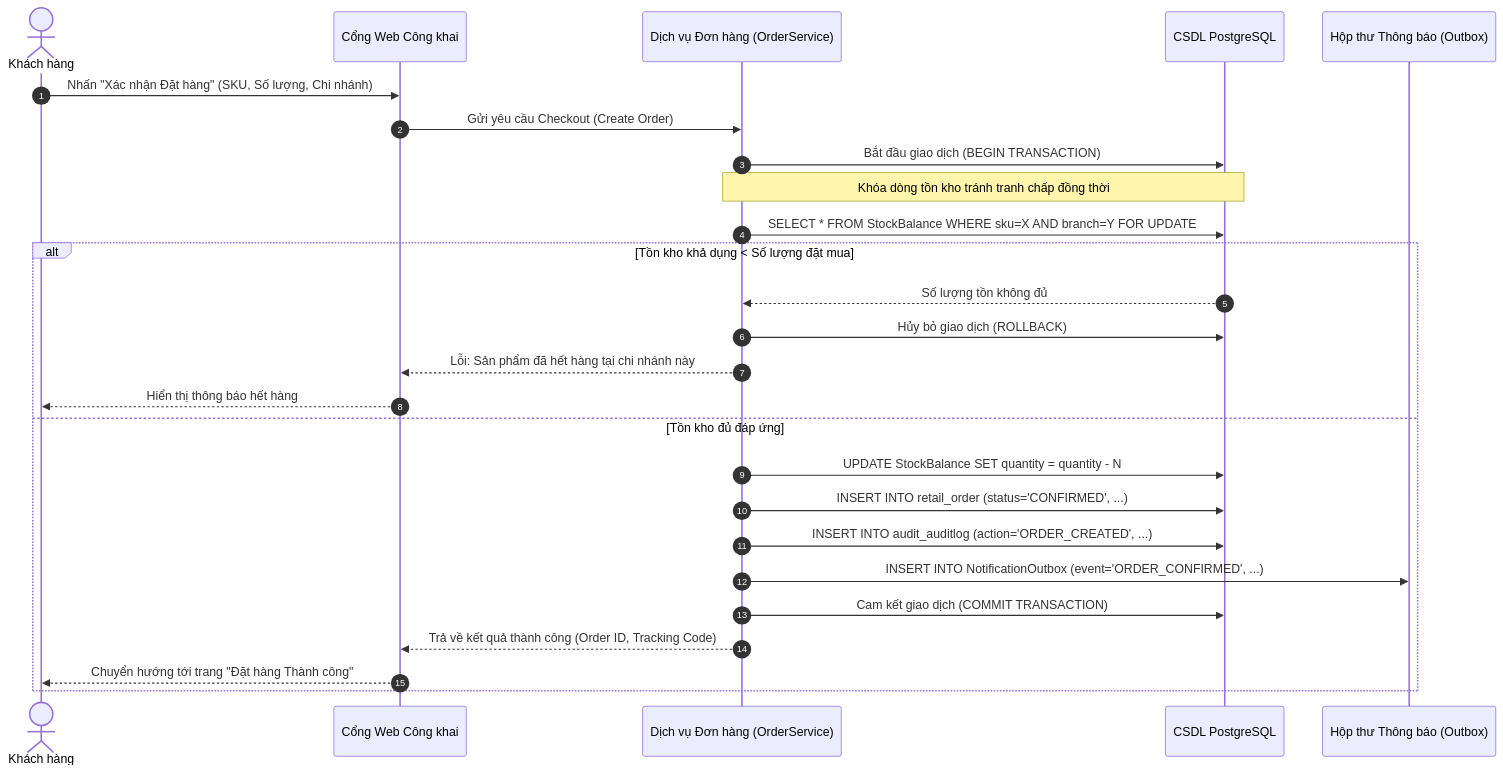
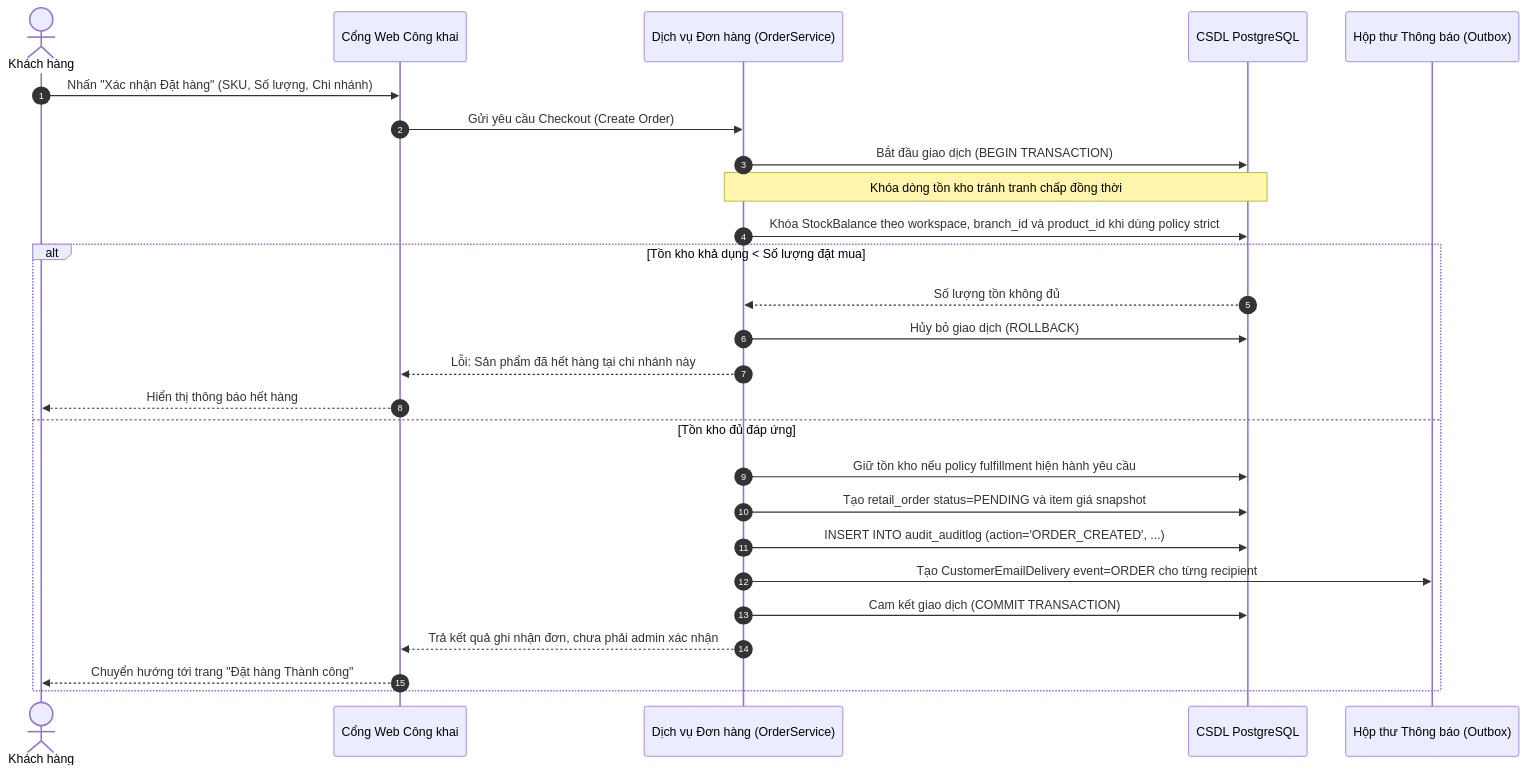
One commit to tienpp1/alphatech changed the second of 5 diagrams in docs/THUYET_MINH_DO_AN_CHUONG_3_4_5.md. Above: the diagram before and after it, drawn with Mermaid. The commit also changed other lines of this file and 15 other files, not shown here.

````diff
--- a/docs/THUYET_MINH_DO_AN_CHUONG_3_4_5.md
+++ b/docs/THUYET_MINH_DO_AN_CHUONG_3_4_5.md
@@ -244,29 +234,29 @@
 ```mermaid
 sequenceDiagram
     autonumber
     actor Customer as Khách hàng
     participant Web as Cổng Web Công khai
     participant OrderSvc as Dịch vụ Đơn hàng (OrderService)
     participant DB as CSDL PostgreSQL
     participant Outbox as Hộp thư Thông báo (Outbox)
 
     Customer->>Web: Nhấn "Xác nhận Đặt hàng" (SKU, Số lượng, Chi nhánh)
     Web->>OrderSvc: Gửi yêu cầu Checkout (Create Order)
     OrderSvc->>DB: Bắt đầu giao dịch (BEGIN TRANSACTION)
     Note over OrderSvc,DB: Khóa dòng tồn kho tránh tranh chấp đồng thời
-    OrderSvc->>DB: SELECT * FROM StockBalance WHERE sku=X AND branch=Y FOR UPDATE
+    OrderSvc->>DB: Khóa StockBalance theo workspace, branch_id và product_id khi dùng policy strict
     alt Tồn kho khả dụng < Số lượng đặt mua
         DB-->>OrderSvc: Số lượng tồn không đủ
         OrderSvc->>DB: Hủy bỏ giao dịch (ROLLBACK)
         OrderSvc-->>Web: Lỗi: Sản phẩm đã hết hàng tại chi nhánh này
         Web-->>Customer: Hiển thị thông báo hết hàng
     else Tồn kho đủ đáp ứng
-        OrderSvc->>DB: UPDATE StockBalance SET quantity = quantity - N
-        OrderSvc->>DB: INSERT INTO retail_order (status='CONFIRMED', ...)
+        OrderSvc->>DB: Giữ tồn kho nếu policy fulfillment hiện hành yêu cầu
+        OrderSvc->>DB: Tạo retail_order status=PENDING và item giá snapshot
         OrderSvc->>DB: INSERT INTO audit_auditlog (action='ORDER_CREATED', ...)
-        OrderSvc->>Outbox: INSERT INTO NotificationOutbox (event='ORDER_CONFIRMED', ...)
+        OrderSvc->>Outbox: Tạo CustomerEmailDelivery event=ORDER cho từng recipient
         OrderSvc->>DB: Cam kết giao dịch (COMMIT TRANSACTION)
-        OrderSvc-->>Web: Trả về kết quả thành công (Order ID, Tracking Code)
+        OrderSvc-->>Web: Trả kết quả ghi nhận đơn, chưa phải admin xác nhận
         Web-->>Customer: Chuyển hướng tới trang "Đặt hàng Thành công"
     end
 ```
````
